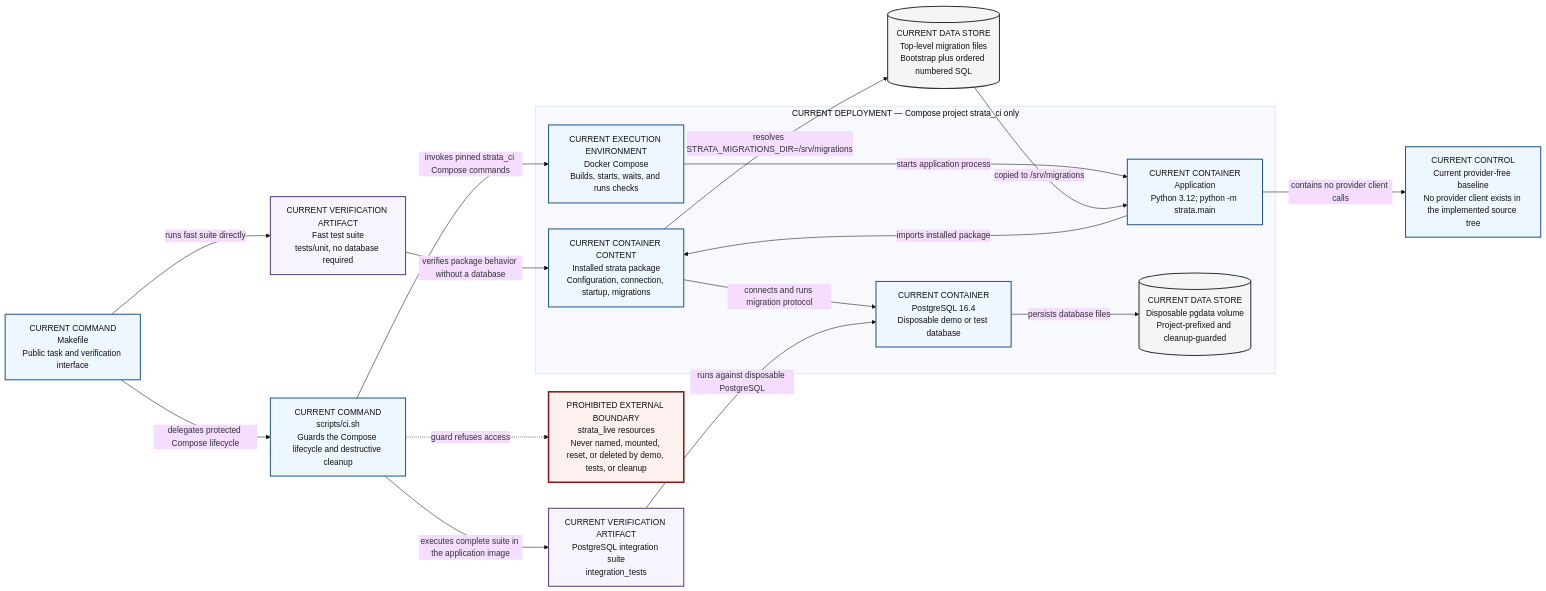
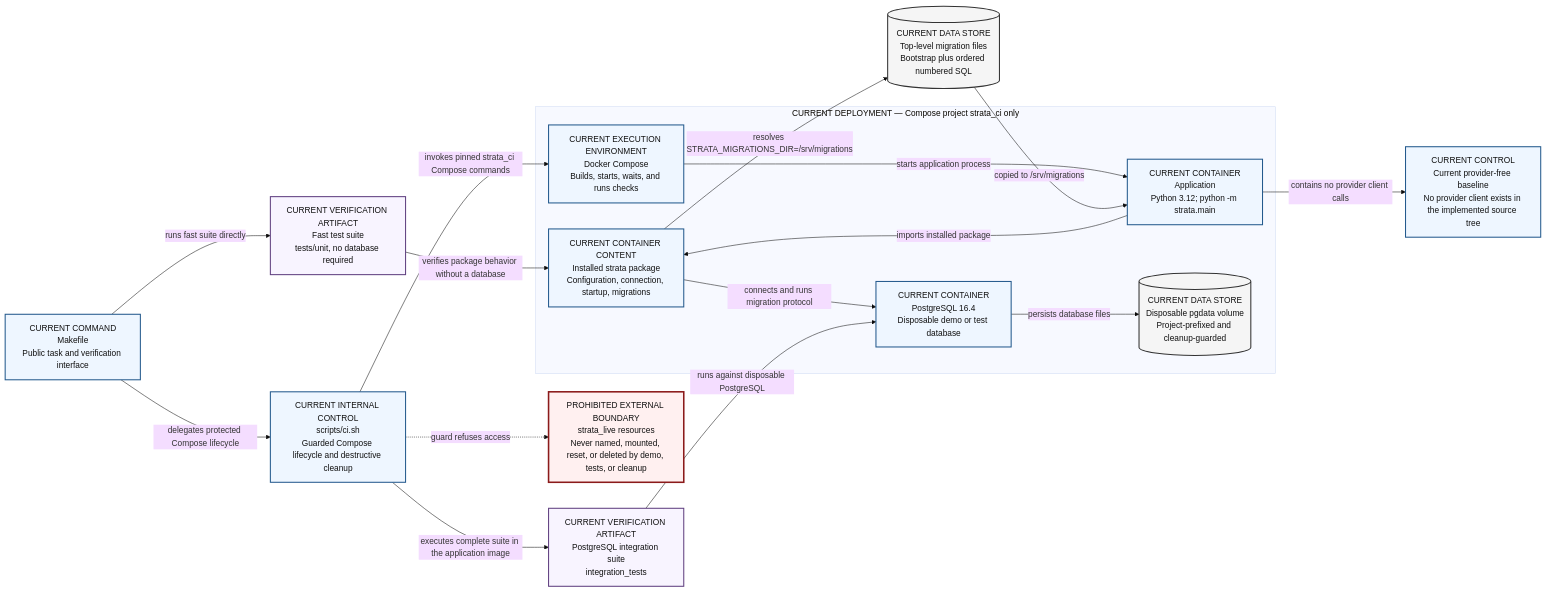
One commit to andrewmpalka/strata changed the diagram in docs/architecture/diagrams/current-container-and-deployment.md. Above: the diagram before and after it, drawn with Mermaid (base theme). The commit also changed other lines of this file and 5 other files, not shown here.

````diff
--- a/docs/architecture/diagrams/current-container-and-deployment.md
+++ b/docs/architecture/diagrams/current-container-and-deployment.md
@@ -16,44 +17,44 @@
 ```mermaid
 flowchart LR
     makefile["CURRENT COMMAND<br/>Makefile<br/>Public task and verification interface"]
-    ci["CURRENT COMMAND<br/>scripts/ci.sh<br/>Guards the Compose lifecycle and destructive cleanup"]
+    ci["CURRENT INTERNAL CONTROL<br/>scripts/ci.sh<br/>Guarded Compose lifecycle and destructive cleanup"]
     migrations[("CURRENT DATA STORE<br/>Top-level migration files<br/>Bootstrap plus ordered numbered SQL")]
     fast["CURRENT VERIFICATION ARTIFACT<br/>Fast test suite<br/>tests/unit, no database required"]
     integration["CURRENT VERIFICATION ARTIFACT<br/>PostgreSQL integration suite<br/>integration_tests"]
     provider_free["CURRENT CONTROL<br/>Current provider-free baseline<br/>No provider client exists in the implemented source tree"]
 
     subgraph ci_boundary["CURRENT DEPLOYMENT — Compose project strata_ci only"]
         compose["CURRENT EXECUTION ENVIRONMENT<br/>Docker Compose<br/>Builds, starts, waits, and runs checks"]
         app["CURRENT CONTAINER<br/>Application<br/>Python 3.12; python -m strata.main"]
         package["CURRENT CONTAINER CONTENT<br/>Installed strata package<br/>Configuration, connection, startup, migrations"]
         postgres["CURRENT CONTAINER<br/>PostgreSQL 16.4<br/>Disposable demo or test database"]
         volume[("CURRENT DATA STORE<br/>Disposable pgdata volume<br/>Project-prefixed and cleanup-guarded")]
 
         compose -->|"starts application process"| app
         app -->|"imports installed package"| package
         package -->|"connects and runs migration protocol"| postgres
         postgres -->|"persists database files"| volume
     end
 
     makefile -->|"runs fast suite directly"| fast
     makefile -->|"delegates protected Compose lifecycle"| ci
     ci -->|"invokes pinned strata_ci Compose commands"| compose
     app -->|"contains no provider client calls"| provider_free
     migrations -->|"copied to /srv/migrations"| app
     package -->|"resolves STRATA_MIGRATIONS_DIR=/srv/migrations"| migrations
     fast -->|"verifies package behavior without a database"| package
     integration -->|"runs against disposable PostgreSQL"| postgres
     ci -->|"executes complete suite in the application image"| integration
 
     excluded["PROHIBITED EXTERNAL BOUNDARY<br/>strata_live resources<br/>Never named, mounted, reset, or deleted by demo, tests, or cleanup"]
     ci -.->|"guard refuses access"| excluded
 
     classDef current fill:#eef6ff,stroke:#245a8d,stroke-width:2px,color:#111;
     classDef store fill:#f5f5f5,stroke:#333,stroke-width:2px,color:#111;
     classDef verify fill:#f8f4ff,stroke:#604080,stroke-width:2px,color:#111;
     classDef prohibited fill:#fff0f0,stroke:#8b1a1a,stroke-width:3px,color:#111;
     class makefile,ci,compose,app,package,postgres,provider_free current;
     class migrations,volume store;
     class fast,integration verify;
     class excluded prohibited;
 ```
````
